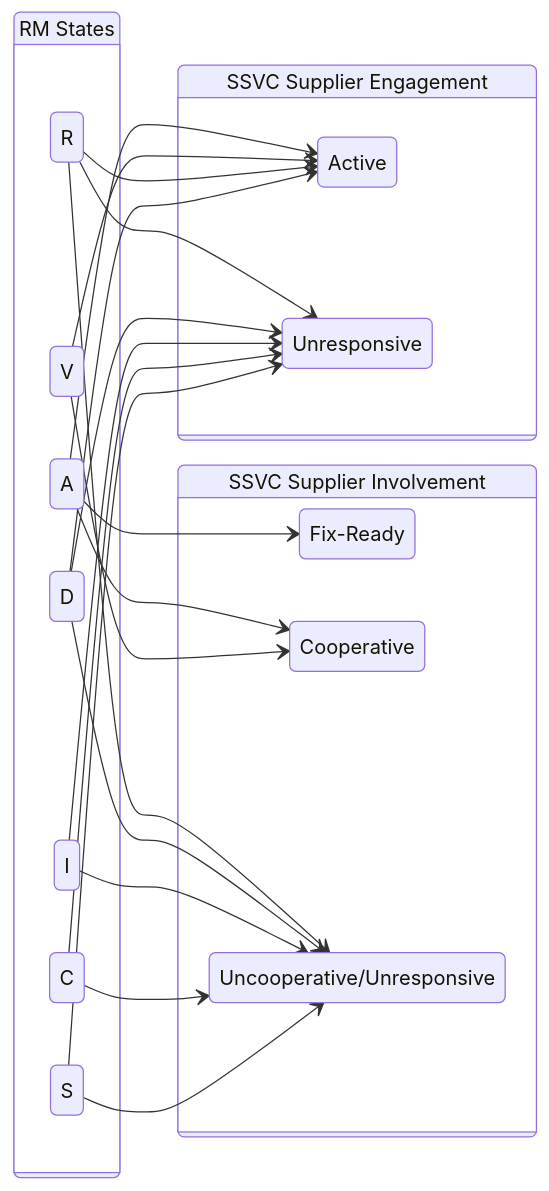
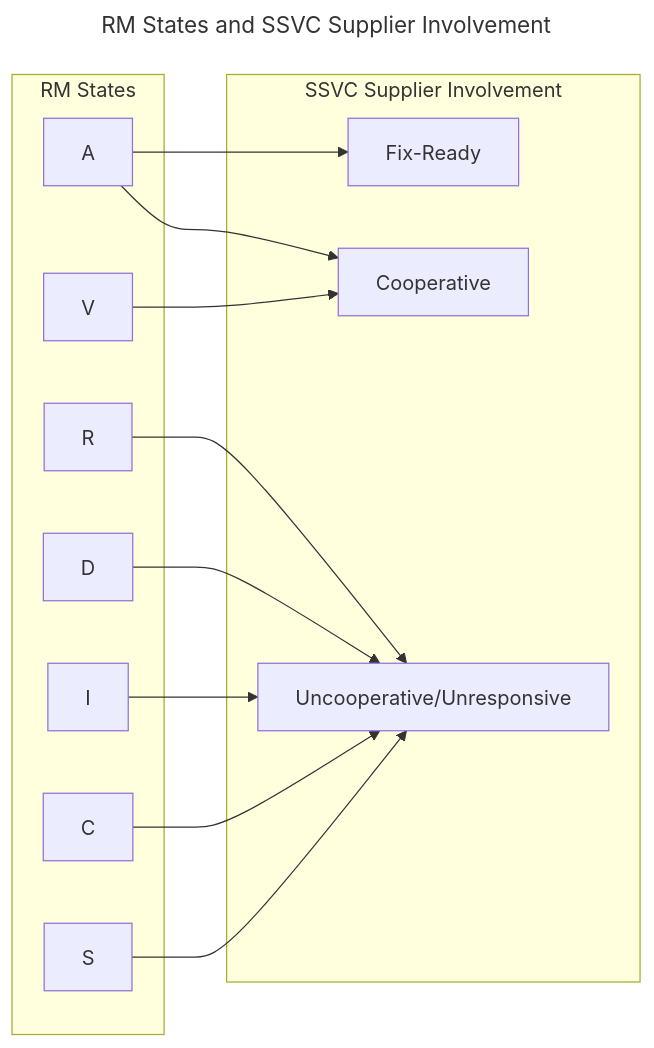
One commit to CERTCC/Vultron changed the second of 2 diagrams in docs/reference/ssvc_crosswalk.md. Above: the diagram before and after it, drawn with Mermaid. The commit also changed other lines of this file, not shown here.

Commit message:
add diagrams

````diff
--- a/docs/reference/ssvc_crosswalk.md
+++ b/docs/reference/ssvc_crosswalk.md
@@ -269,45 +299,29 @@
 ```mermaid
-stateDiagram-v2
-    direction LR    
-    ssvc_se: SSVC Supplier Engagement
-    ssvc_si: SSVC Supplier Involvement
-    rm_states: RM States
-
-    state ssvc_se {
-        Active
-        Unresponsive
-    }
-    state rm_states {
+---
+title: "RM States and SSVC Supplier Involvement"
+---
+graph LR
+    subgraph rm_states[RM States]
         S
         R
         I
         V
         D
         A
         C
-    }
-    state ssvc_si {
-        fr: Fix-Ready
-        co: Cooperative
-        un: Uncooperative/Unresponsive
-    }
-    A --> Active
-    V --> Active
-    R --> Active
-    D --> Active
-    R--> Unresponsive
-    D --> Unresponsive
-    I --> Unresponsive
-    C --> Unresponsive
-    S --> Unresponsive
+    end
+
+    subgraph ssvc_si[SSVC Supplier Involvement]
+        fr[Fix-Ready]
+        co[Cooperative]
+        un[Uncooperative/Unresponsive]
+    end
     A --> fr
     A --> co
     V --> co
     R --> un
     D --> un
     I --> un
     C --> un
     S --> un
-    
-
 ```
````
